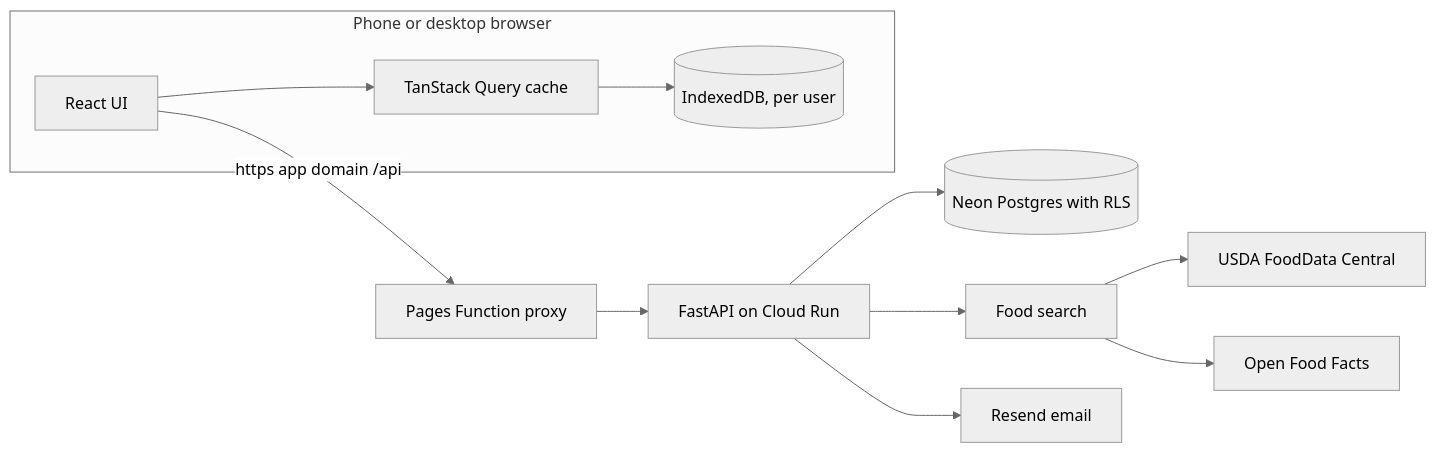
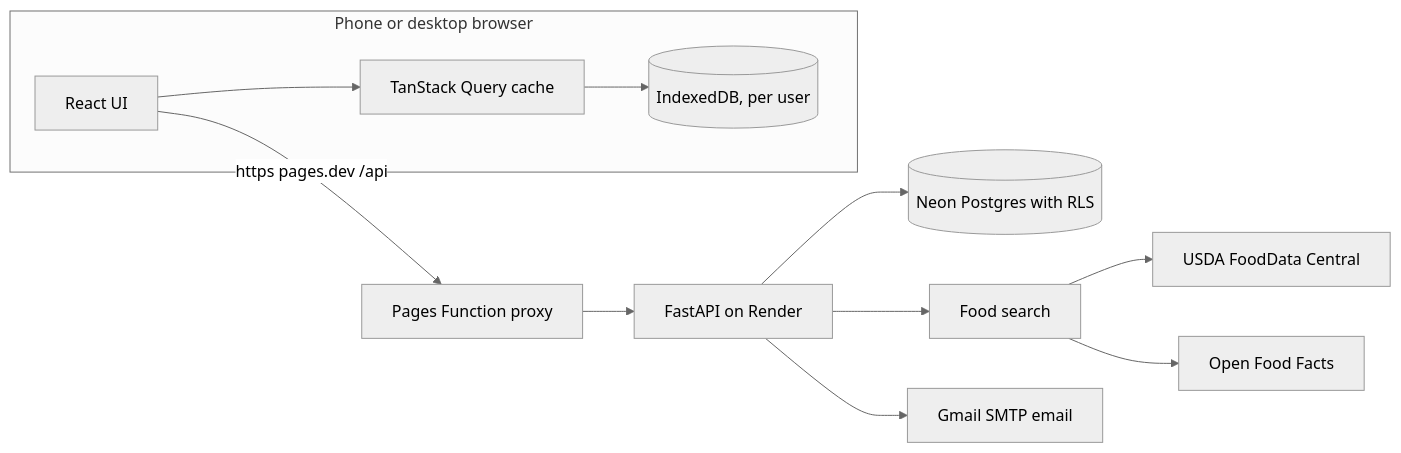
Before and after one commit to Murali-Sai/TRIM: the first of 2 diagrams in SPEC.md, drawn with Mermaid (neutral theme). The commit also changed other lines of this file and 23 other files, not shown here.

First line of the commit message:
ci: deploy on free plans with no card (Render, pages.dev, GitHub Actions)

````diff
--- a/SPEC.md
+++ b/SPEC.md
@@ -177,14 +177,14 @@
 ```mermaid
 flowchart LR
   subgraph Browser[Phone or desktop browser]
     UI[React UI] --> QC[TanStack Query cache]
     QC --> IDB[(IndexedDB, per user)]
   end
-  UI -->|https app domain /api| PF[Pages Function proxy]
-  PF --> API[FastAPI on Cloud Run]
+  UI -->|https pages.dev /api| PF[Pages Function proxy]
+  PF --> API[FastAPI on Render]
   API --> PG[(Neon Postgres with RLS)]
   API --> LK[Food search]
   LK --> FDC[USDA FoodData Central]
   LK --> OFF[Open Food Facts]
-  API --> EM[Resend email]
+  API --> EM[Gmail SMTP email]
 ```
````
